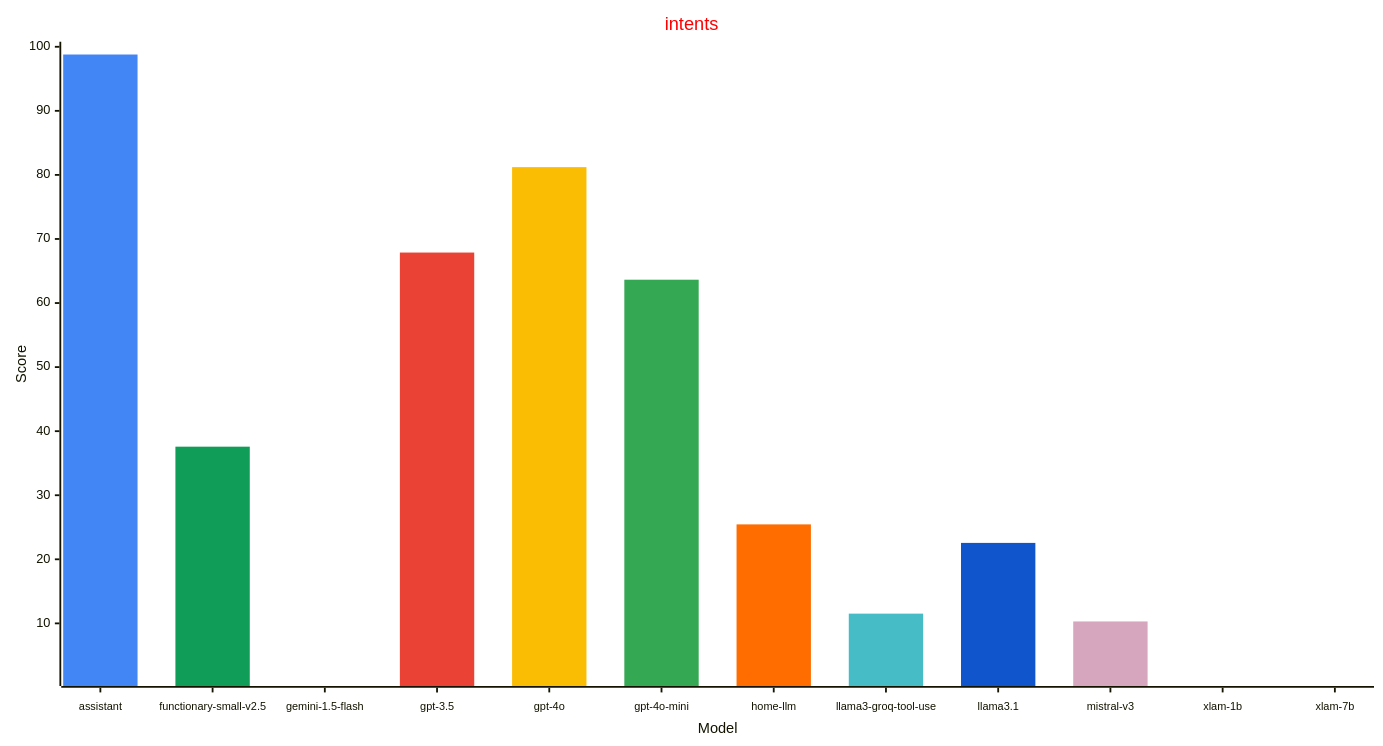
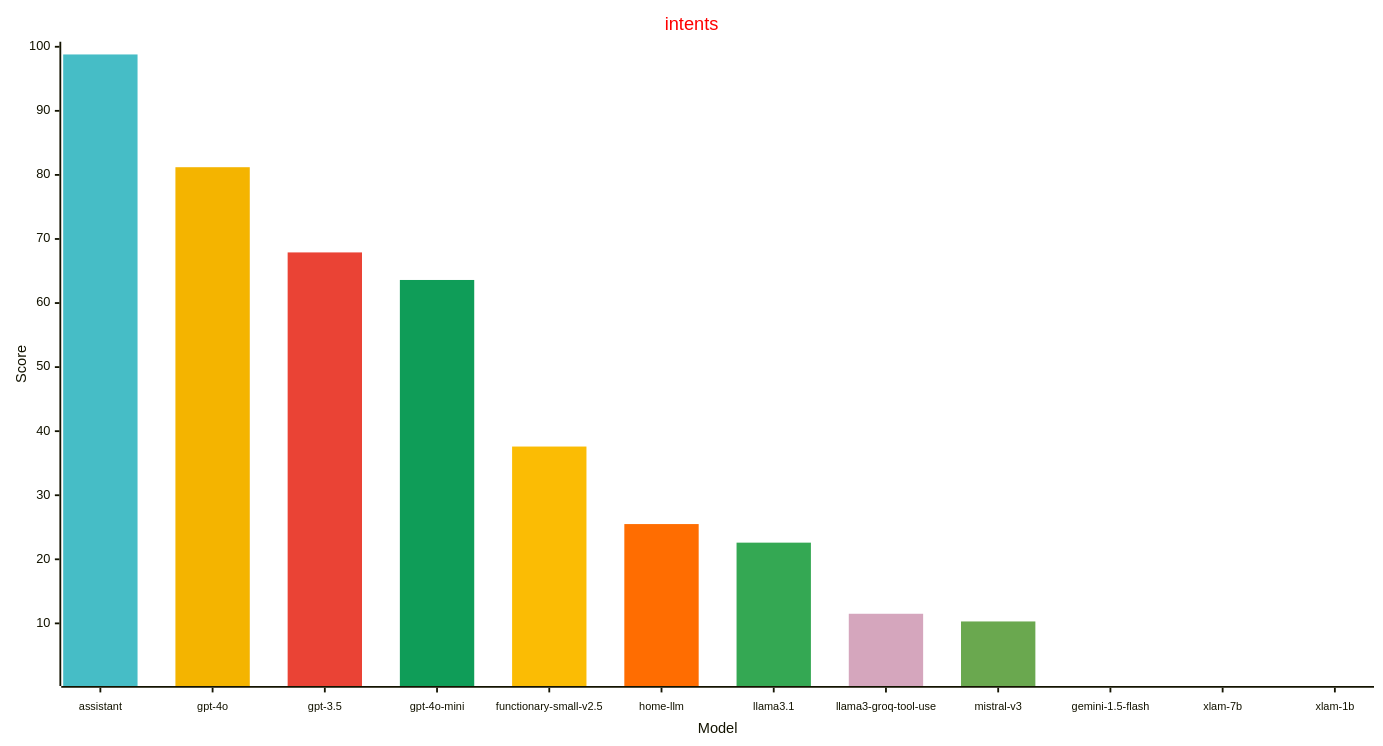
The third of 3 diagrams in reports/leaderboard.md (allenporter/home-assistant-datasets), drawn with Mermaid before and after one commit. The commit also changed other lines of this file and 6 other files, not shown here.

Commit message:
Refactor chart building and make sparse

````diff
--- a/reports/leaderboard.md
+++ b/reports/leaderboard.md
@@ -84,32 +79,32 @@
 ```mermaid
 ---
 config:
     xyChart:
         width: 1500
         height: 800
         xAxis:
           labelFontSize: 12
           labelPadding: 8
     themeVariables:
         xyChart:
             titleColor: "#ff0000"
-            plotColorPalette: "#4285f4, #0F9D58, #f4b400, #ea4335, #fbbc04, #34a853, #ff6d01, #46bdc6, #1155cc, #d5a6bd, #6aa84f, #674ea7"
+            plotColorPalette: "#46bdc6, #f4b400, #ea4335, #0f9d58, #fbbc04, #ff6d01, #34a853, #d5a6bd, #6aa84f, #4285f4, #1155cc, #674ea7"
 
 ---
 xychart-beta
   title "intents"
-  x-axis "Model" [assistant, functionary-small-v2.5, gemini-1.5-flash, gpt-3.5, gpt-4o, gpt-4o-mini, home-llm, llama3-groq-tool-use, llama3.1, mistral-v3, xlam-1b, xlam-7b]
+  x-axis "Model" [assistant, gpt-4o, gpt-3.5, gpt-4o-mini, functionary-small-v2.5, home-llm, llama3.1, llama3-groq-tool-use, mistral-v3, gemini-1.5-flash, xlam-7b, xlam-1b]
   y-axis "Score" 1 --> 100
-  bar [98.79, 0, 0, 0, 0, 0, 0, 0, 0, 0, 0, 0]
-  bar [0, 37.58, 0, 0, 0, 0, 0, 0, 0, 0, 0, 0]
-  bar [0, 0, 0, 0, 0, 0, 0, 0, 0, 0, 0, 0]
-  bar [0, 0, 0, 67.88, 0, 0, 0, 0, 0, 0, 0, 0]
-  bar [0, 0, 0, 0, 81.21, 0, 0, 0, 0, 0, 0, 0]
-  bar [0, 0, 0, 0, 0, 63.64, 0, 0, 0, 0, 0, 0]
-  bar [0, 0, 0, 0, 0, 0, 25.45, 0, 0, 0, 0, 0]
-  bar [0, 0, 0, 0, 0, 0, 0, 11.52, 0, 0, 0, 0]
-  bar [0, 0, 0, 0, 0, 0, 0, 0, 22.56, 0, 0, 0]
-  bar [0, 0, 0, 0, 0, 0, 0, 0, 0, 10.3, 0, 0]
-  bar [0, 0, 0, 0, 0, 0, 0, 0, 0, 0, 0, 0]
-  bar [0, 0, 0, 0, 0, 0, 0, 0, 0, 0, 0, 0]
+  bar [98.8, 0.0, 0.0, 0.0, 0.0, 0.0, 0.0, 0.0, 0.0, 0.0, 0.0, 0.0]
+  bar [0.0, 81.2, 0.0, 0.0, 0.0, 0.0, 0.0, 0.0, 0.0, 0.0, 0.0, 0.0]
+  bar [0.0, 0.0, 67.9, 0.0, 0.0, 0.0, 0.0, 0.0, 0.0, 0.0, 0.0, 0.0]
+  bar [0.0, 0.0, 0.0, 63.6, 0.0, 0.0, 0.0, 0.0, 0.0, 0.0, 0.0, 0.0]
+  bar [0.0, 0.0, 0.0, 0.0, 37.6, 0.0, 0.0, 0.0, 0.0, 0.0, 0.0, 0.0]
+  bar [0.0, 0.0, 0.0, 0.0, 0.0, 25.5, 0.0, 0.0, 0.0, 0.0, 0.0, 0.0]
+  bar [0.0, 0.0, 0.0, 0.0, 0.0, 0.0, 22.6, 0.0, 0.0, 0.0, 0.0, 0.0]
+  bar [0.0, 0.0, 0.0, 0.0, 0.0, 0.0, 0.0, 11.5, 0.0, 0.0, 0.0, 0.0]
+  bar [0.0, 0.0, 0.0, 0.0, 0.0, 0.0, 0.0, 0.0, 10.3, 0.0, 0.0, 0.0]
+  bar [0.0, 0.0, 0.0, 0.0, 0.0, 0.0, 0.0, 0.0, 0.0, 0.0, 0.0, 0.0]
+  bar [0.0, 0.0, 0.0, 0.0, 0.0, 0.0, 0.0, 0.0, 0.0, 0.0, 0.0, 0.0]
+  bar [0.0, 0.0, 0.0, 0.0, 0.0, 0.0, 0.0, 0.0, 0.0, 0.0, 0.0, 0.0]
 ```
````
